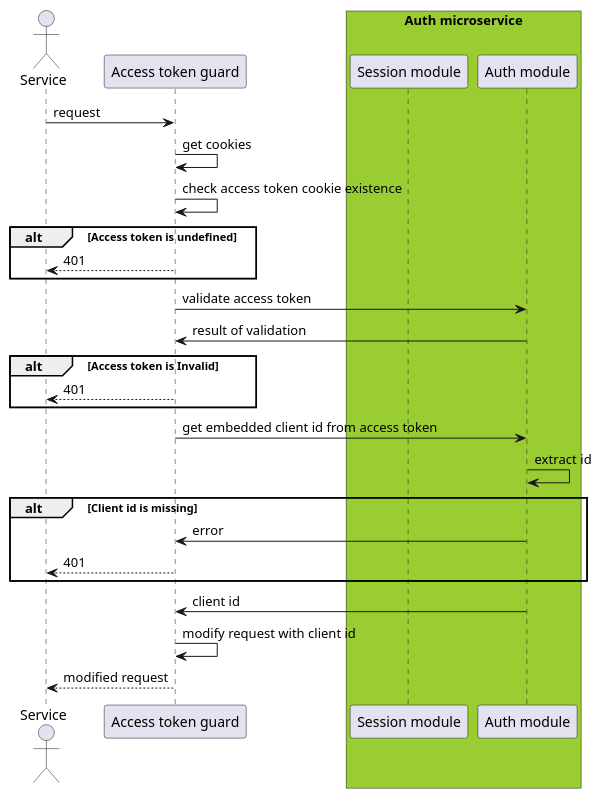
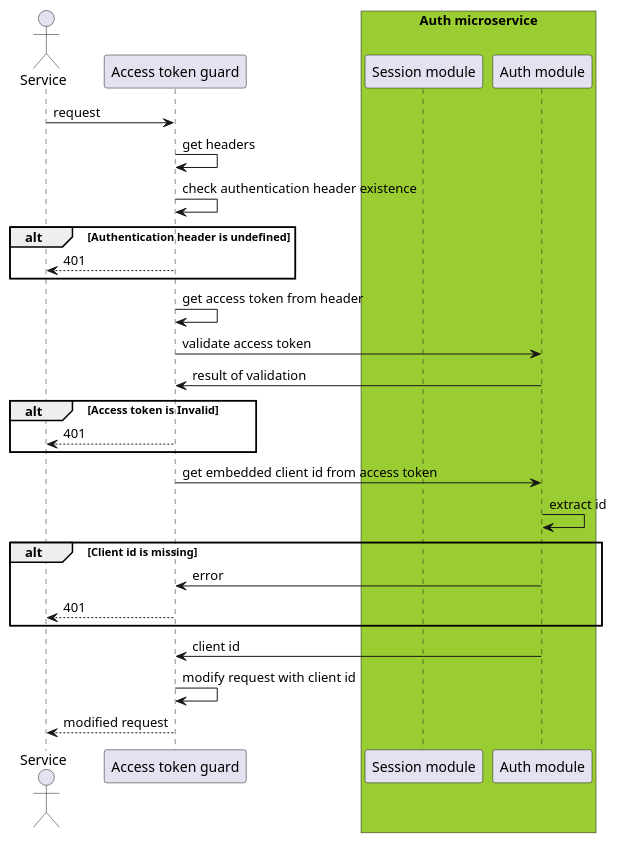
Before and after one commit to async-devil/money-tracker: the diagram in docs/gateway/access-token-guard.puml, drawn with PlantUML. The commit also changed 1 other file, not shown here.

```diff
--- a/docs/gateway/access-token-guard.puml
+++ b/docs/gateway/access-token-guard.puml
@@ -1,38 +1,40 @@
 @startuml access_token_guard
 
 actor Service as se
 
 participant "Access token guard" as atg
 
 box "Auth microservice" #YellowGreen
   participant "Session module" as ssm
   participant "Auth module" as aum
 end box
 
 se -> atg : request
-atg -> atg : get cookies
-atg -> atg : check access token cookie existence
+atg -> atg : get headers
+atg -> atg : check authentication header existence
 
-alt Access token is undefined
+alt Authentication header is undefined
   atg --> se : 401
 end
+
+atg -> atg : get access token from header
 
 atg -> aum : validate access token
 aum -> atg : result of validation
 
 alt Access token is Invalid
   atg --> se : 401
 end
 
 atg -> aum : get embedded client id from access token
 aum -> aum : extract id
 
 alt Client id is missing
   aum -> atg : error
   atg --> se : 401
 end
 
 aum -> atg : client id
 atg -> atg : modify request with client id
 atg --> se : modified request
 @enduml
```
